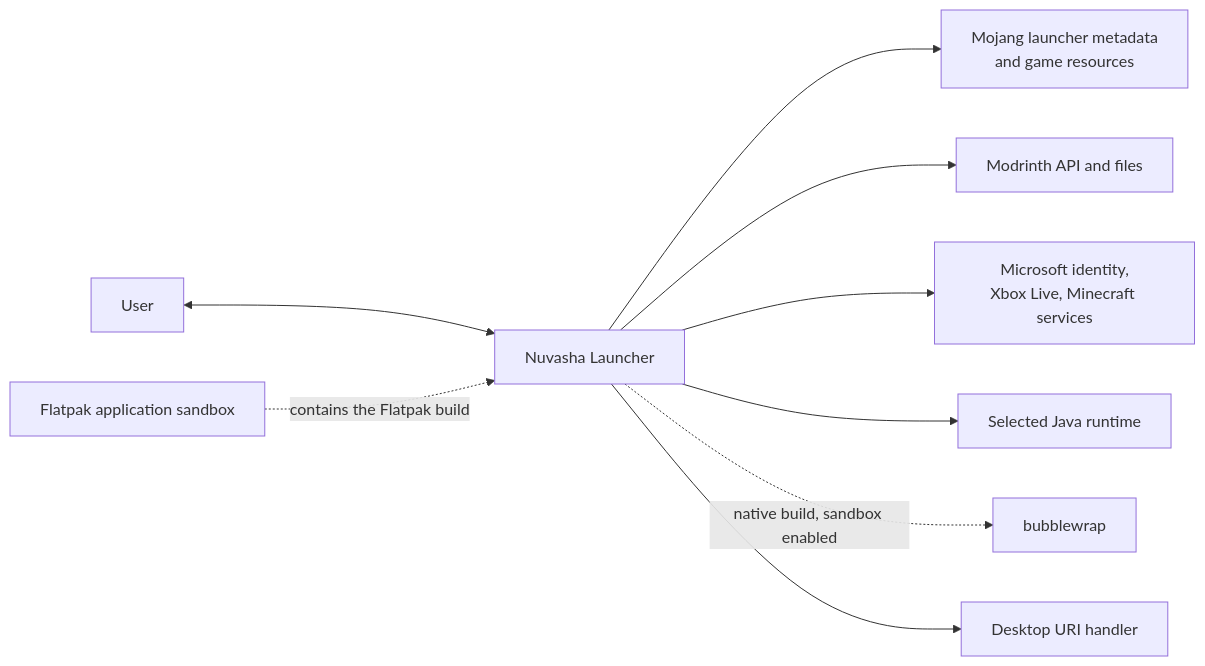
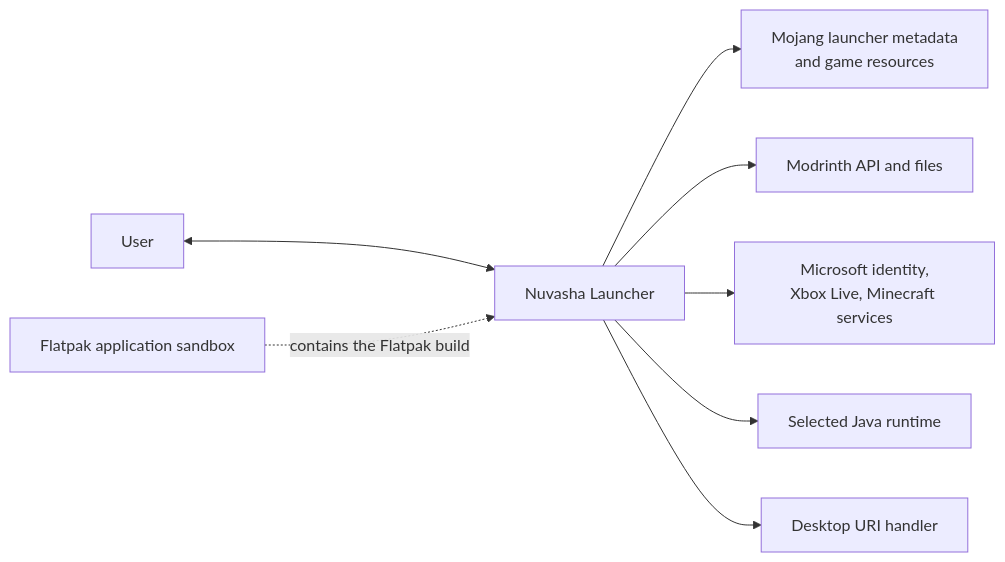
The first of 3 diagrams in docs/architecture.md (NuvashaLauncher/NuvashaLauncher), drawn with Mermaid before and after one commit. The commit also changed other lines of this file and 55 other files, not shown here.

First line of the commit message:
Remove the bubblewrap sandbox and libsecret

````diff
--- a/docs/architecture.md
+++ b/docs/architecture.md
@@ -42,23 +38,21 @@
 ```mermaid
 flowchart LR
     User[User]
     Nuvasha[Nuvasha Launcher]
     Mojang[Mojang launcher metadata
 and game resources]
     Modrinth[Modrinth API and files]
     Microsoft[Microsoft identity,
 Xbox Live, Minecraft services]
     Desktop[Desktop URI handler]
     Java[Selected Java runtime]
-    Bwrap[bubblewrap]
     Flatpak[Flatpak application sandbox]
 
     User <--> Nuvasha
     Nuvasha --> Mojang
     Nuvasha --> Modrinth
     Nuvasha --> Microsoft
     Nuvasha --> Java
-    Nuvasha -. native build, sandbox enabled .-> Bwrap
     Flatpak -. contains the Flatpak build .-> Nuvasha
     Nuvasha --> Desktop
 ```
````
